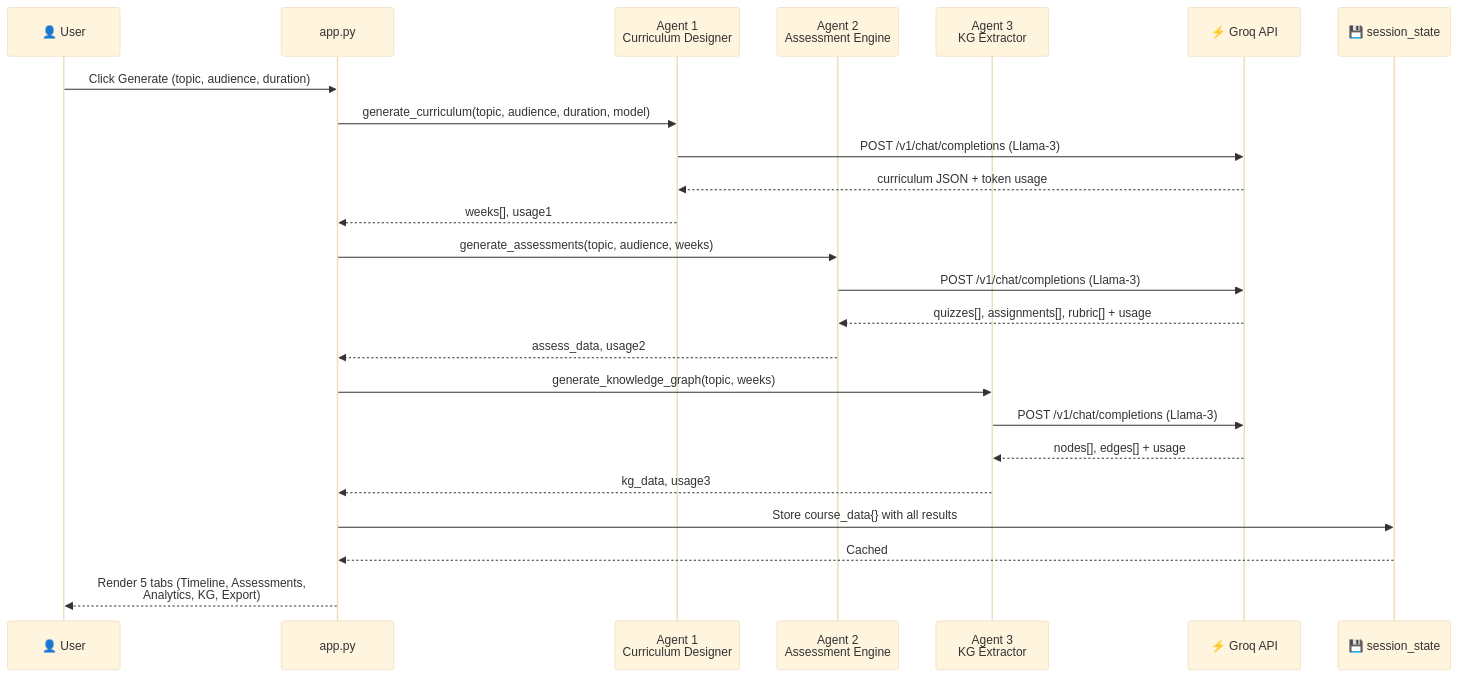
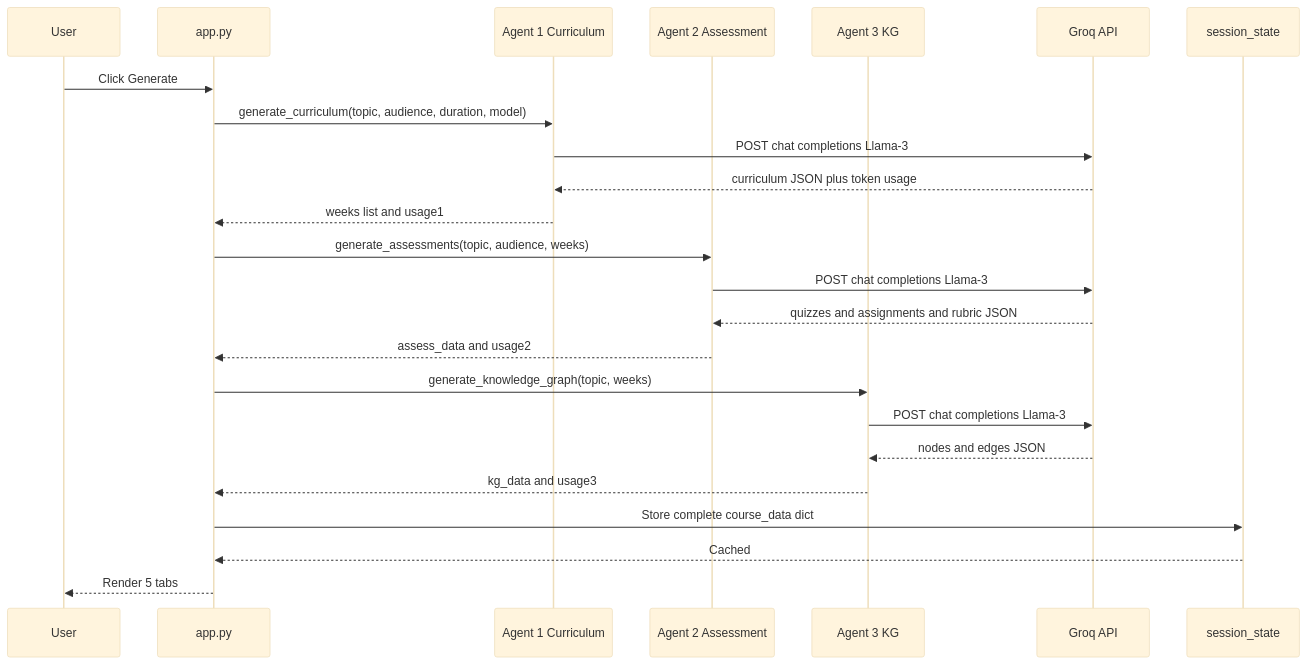
The third of 5 diagrams in README.md (Aghawafaabbass/coursecraft-ai), drawn with Mermaid (base theme) before and after one commit. The commit also changed other lines of this file, not shown here.

````diff
--- a/README.md
+++ b/README.md
@@ -226,30 +270,30 @@
 ```mermaid
 sequenceDiagram
-    participant U as 👤 User
+    participant U as User
     participant APP as app.py
-    participant A1 as Agent 1<br/>Curriculum Designer
-    participant A2 as Agent 2<br/>Assessment Engine
-    participant A3 as Agent 3<br/>KG Extractor
-    participant G as ⚡ Groq API
-    participant S as 💾 session_state
+    participant A1 as Agent 1 Curriculum
+    participant A2 as Agent 2 Assessment
+    participant A3 as Agent 3 KG
+    participant G as Groq API
+    participant S as session_state
 
-    U->>APP: Click Generate (topic, audience, duration)
+    U->>APP: Click Generate
     APP->>A1: generate_curriculum(topic, audience, duration, model)
-    A1->>G: POST /v1/chat/completions (Llama-3)
-    G-->>A1: curriculum JSON + token usage
-    A1-->>APP: weeks[], usage1
+    A1->>G: POST chat completions Llama-3
+    G-->>A1: curriculum JSON plus token usage
+    A1-->>APP: weeks list and usage1
 
     APP->>A2: generate_assessments(topic, audience, weeks)
-    A2->>G: POST /v1/chat/completions (Llama-3)
-    G-->>A2: quizzes[], assignments[], rubric[] + usage
-    A2-->>APP: assess_data, usage2
+    A2->>G: POST chat completions Llama-3
+    G-->>A2: quizzes and assignments and rubric JSON
+    A2-->>APP: assess_data and usage2
 
     APP->>A3: generate_knowledge_graph(topic, weeks)
-    A3->>G: POST /v1/chat/completions (Llama-3)
-    G-->>A3: nodes[], edges[] + usage
-    A3-->>APP: kg_data, usage3
+    A3->>G: POST chat completions Llama-3
+    G-->>A3: nodes and edges JSON
+    A3-->>APP: kg_data and usage3
 
-    APP->>S: Store course_data{} with all results
+    APP->>S: Store complete course_data dict
     S-->>APP: Cached
-    APP-->>U: Render 5 tabs (Timeline, Assessments,<br/>Analytics, KG, Export)
+    APP-->>U: Render 5 tabs
 ```
````
